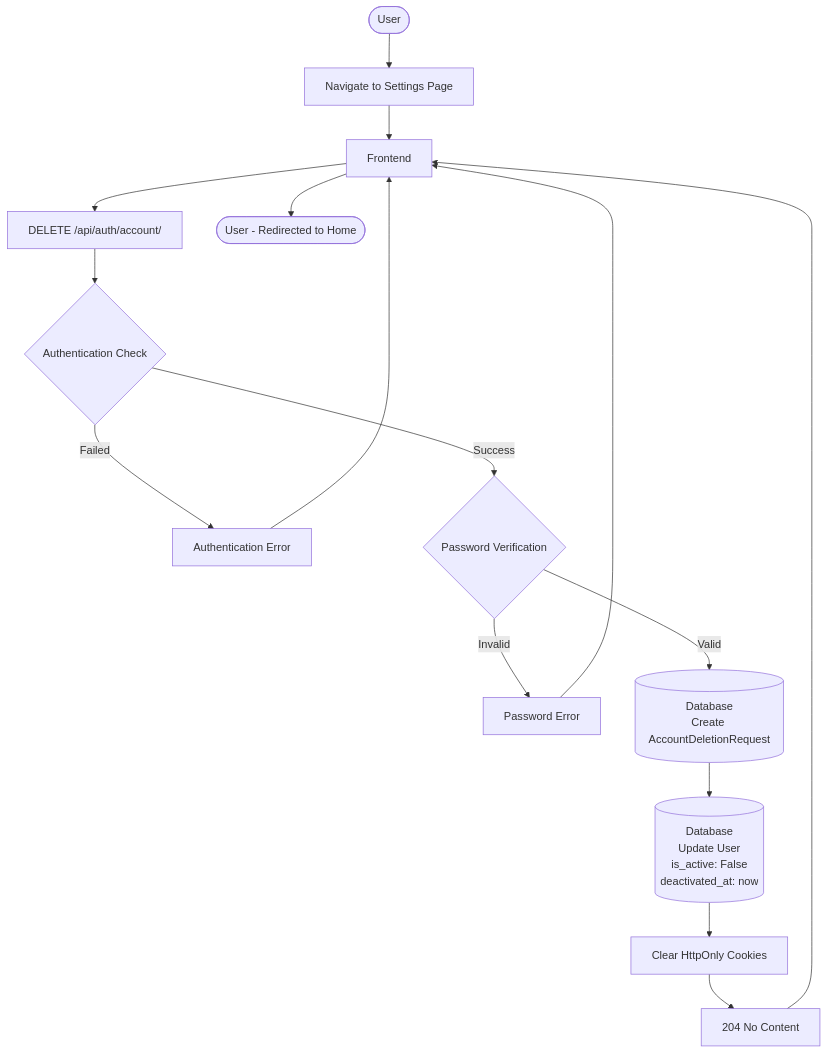
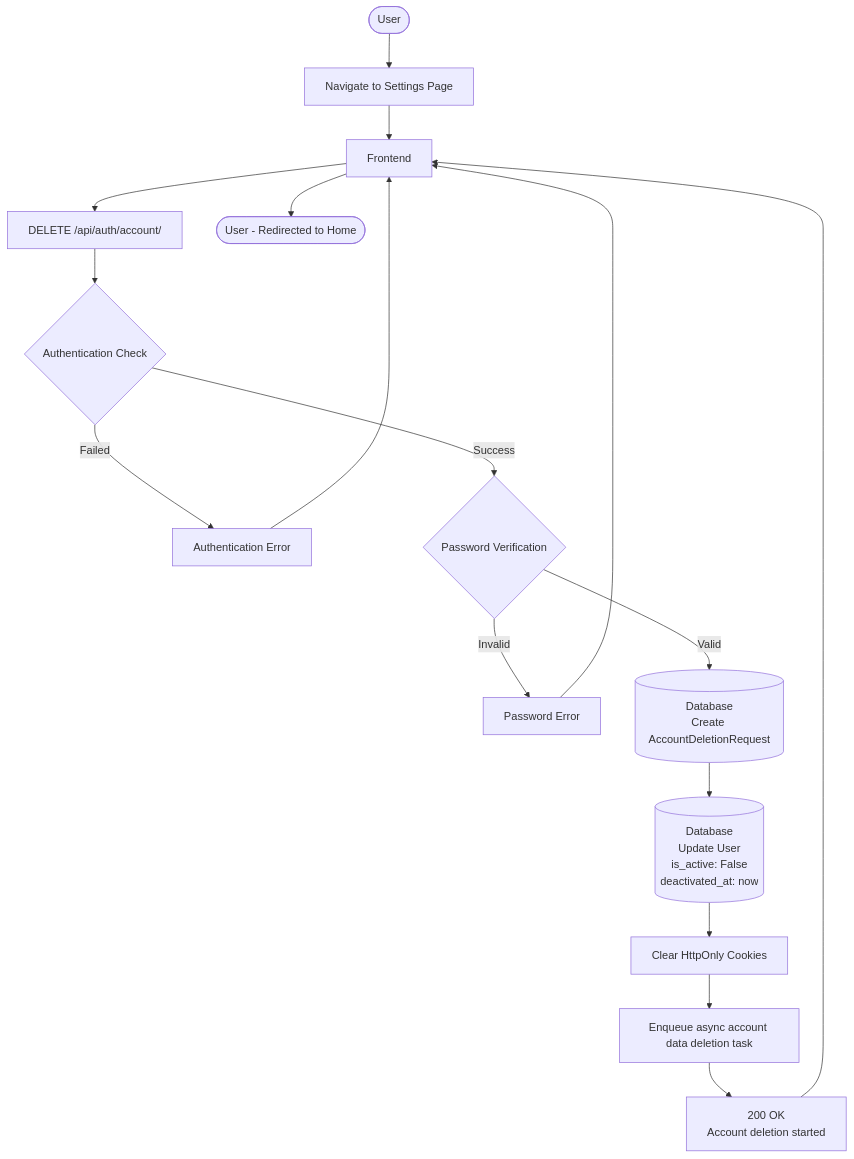
The seventh of 9 diagrams in docs/database/data-flow-diagram.md (yukiharada1228/videoq), drawn with Mermaid before and after one commit. The commit also changed other lines of this file and 5 other files, not shown here.

Commit message:
docs: align diagrams with current API behavior

````diff
--- a/docs/database/data-flow-diagram.md
+++ b/docs/database/data-flow-diagram.md
@@ -259,22 +259,23 @@
 ```mermaid
 flowchart TD
     Start([User]) --> Navigate[Navigate to Settings Page]
     Navigate --> Frontend[Frontend]
     Frontend --> API[DELETE /api/auth/account/]
     
     API --> Auth{Authentication Check}
     Auth -->|Failed| Error1[Authentication Error]
     Auth -->|Success| ValidatePassword{Password Verification}
     
     ValidatePassword -->|Invalid| Error2[Password Error]
     ValidatePassword -->|Valid| CreateRequest[(Database<br/>Create AccountDeletionRequest)]
     
     CreateRequest --> DeactivateUser[(Database<br/>Update User<br/>is_active: False<br/>deactivated_at: now)]
     DeactivateUser --> ClearCookies[Clear HttpOnly Cookies]
-    ClearCookies --> Response[204 No Content]
+    ClearCookies --> EnqueueTask[Enqueue async account data deletion task]
+    EnqueueTask --> Response[200 OK<br/>Account deletion started]
     Response --> Frontend
     Frontend --> End([User - Redirected to Home])
     
     Error1 --> Frontend
     Error2 --> Frontend
 ```
````
